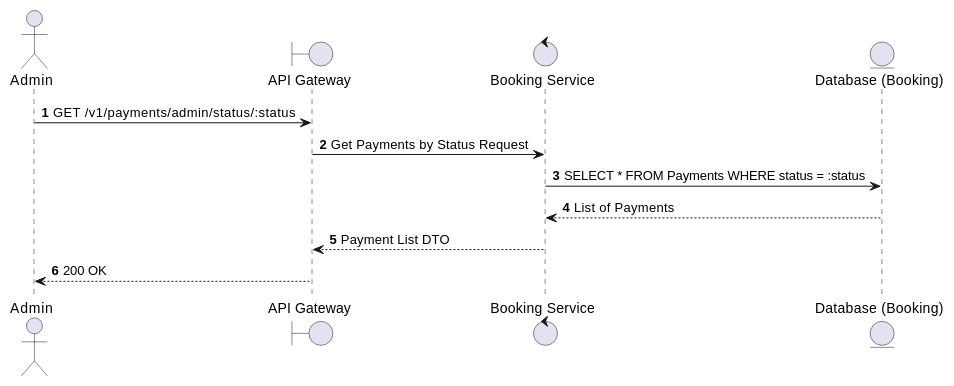
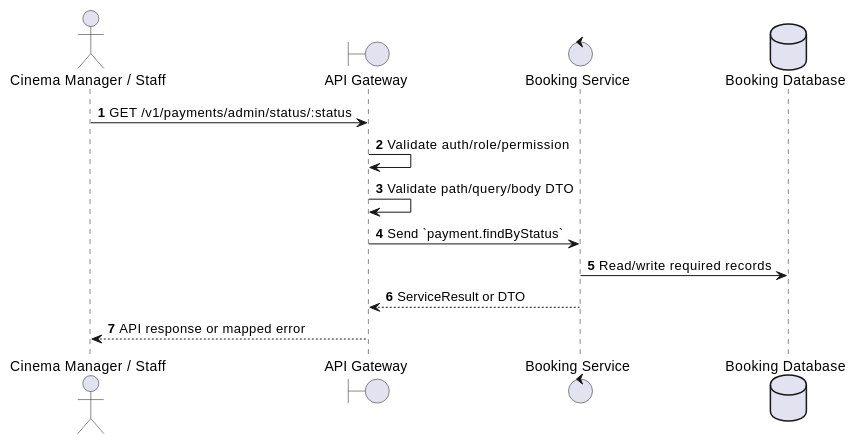
Before and after one commit to Tanh1603/movie-hub-architecture: the first of 2 diagrams in docs/functional_specs/3.6_Payment_Transaction_Module/PY-A02_Find_Payments_by_Status.md, drawn with PlantUML. The commit also changed other lines of this file and 126 other files, not shown here.

````diff
--- a/docs/functional_specs/3.6_Payment_Transaction_Module/PY-A02_Find_Payments_by_Status.md
+++ b/docs/functional_specs/3.6_Payment_Transaction_Module/PY-A02_Find_Payments_by_Status.md
@@ -17,16 +17,17 @@
 ```plantuml
 @startuml
 autonumber
-actor Admin
+actor "Cinema Manager / Staff" as Actor
 boundary "API Gateway" as GW
-control "Booking Service" as BS
-entity "Database (Booking)" as DB
+control "Booking Service" as SVC
+database "Booking Database" as DB
 
-Admin -> GW: GET /v1/payments/admin/status/:status
-GW -> BS: Get Payments by Status Request
-BS -> DB: SELECT * FROM Payments WHERE status = :status
-DB --> BS: List of Payments
-BS --> GW: Payment List DTO
-GW --> Admin: 200 OK
+Actor -> GW: GET /v1/payments/admin/status/:status
+GW -> GW: Validate auth/role/permission
+GW -> GW: Validate path/query/body DTO
+GW -> SVC: Send `payment.findByStatus`
+SVC -> DB: Read/write required records
+SVC --> GW: ServiceResult or DTO
+GW --> Actor: API response or mapped error
 @enduml
 ```
````
